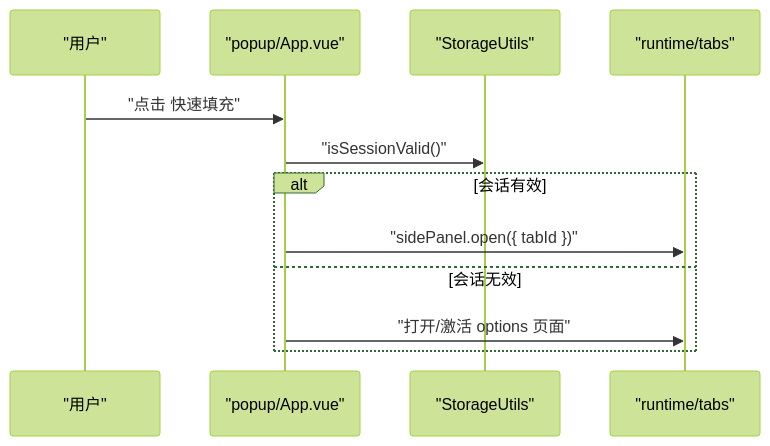
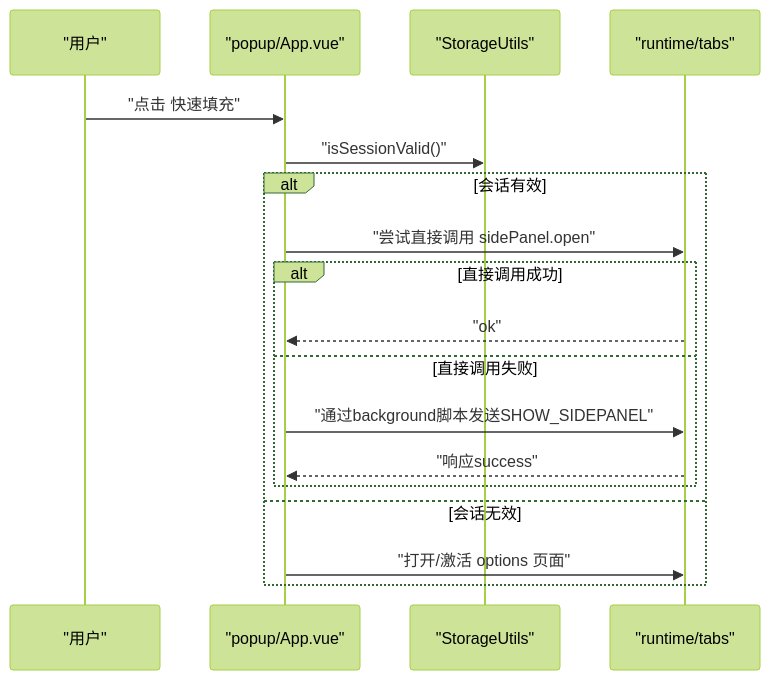
The fifth of 7 diagrams in .qoder/repowiki/zh/content/架构设计/扩展入口点架构.md (liaolongdong/account-password-helper), drawn with Mermaid (forest theme) before and after one commit. The commit also changed other lines of this file and 23 other files, not shown here.

````diff
--- a/.qoder/repowiki/zh/content/架构设计/扩展入口点架构.md
+++ b/.qoder/repowiki/zh/content/架构设计/扩展入口点架构.md
@@ -220,14 +250,20 @@
 ```mermaid
 sequenceDiagram
 participant U as "用户"
 participant P as "popup/App.vue"
 participant S as "StorageUtils"
 participant R as "runtime/tabs"
 U->>P : "点击 快速填充"
 P->>S : "isSessionValid()"
 alt 会话有效
-P->>R : "sidePanel.open({ tabId })"
+P->>R : "尝试直接调用 sidePanel.open"
+alt 直接调用成功
+R-->>P : "ok"
+else 直接调用失败
+P->>R : "通过background脚本发送SHOW_SIDEPANEL"
+R-->>P : "响应success"
+end
 else 会话无效
 P->>R : "打开/激活 options 页面"
 end
 ```
````
